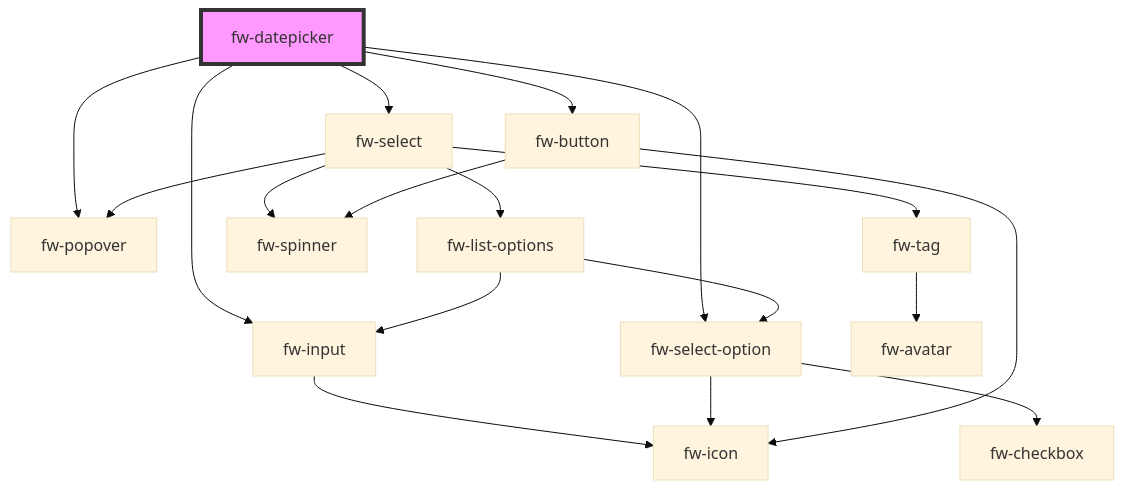
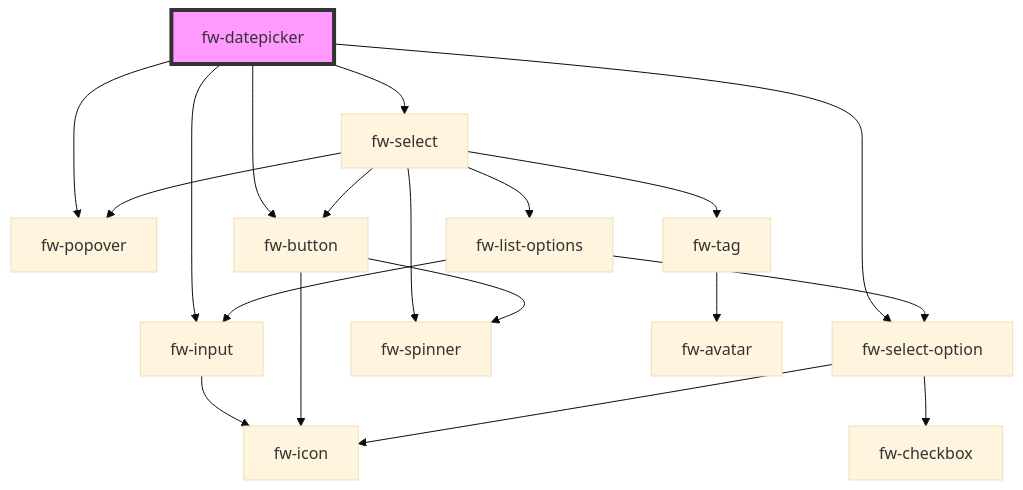
One commit to freshworks/crayons changed the diagram in packages/crayons-core/src/components/datepicker/readme.md. Above: the diagram before and after it, drawn with Mermaid (base theme). The commit also changed 9 other files, not shown here.

````diff
--- a/packages/crayons-core/src/components/datepicker/readme.md
+++ b/packages/crayons-core/src/components/datepicker/readme.md
@@ -81,21 +81,22 @@
 ```mermaid
 graph TD;
   fw-datepicker --> fw-popover
   fw-datepicker --> fw-input
   fw-datepicker --> fw-select
   fw-datepicker --> fw-select-option
   fw-datepicker --> fw-button
   fw-input --> fw-icon
   fw-select --> fw-tag
   fw-select --> fw-popover
+  fw-select --> fw-button
   fw-select --> fw-spinner
   fw-select --> fw-list-options
   fw-tag --> fw-avatar
+  fw-button --> fw-spinner
+  fw-button --> fw-icon
   fw-list-options --> fw-select-option
   fw-list-options --> fw-input
   fw-select-option --> fw-icon
   fw-select-option --> fw-checkbox
-  fw-button --> fw-spinner
-  fw-button --> fw-icon
   style fw-datepicker fill:#f9f,stroke:#333,stroke-width:4px
 ```
````
